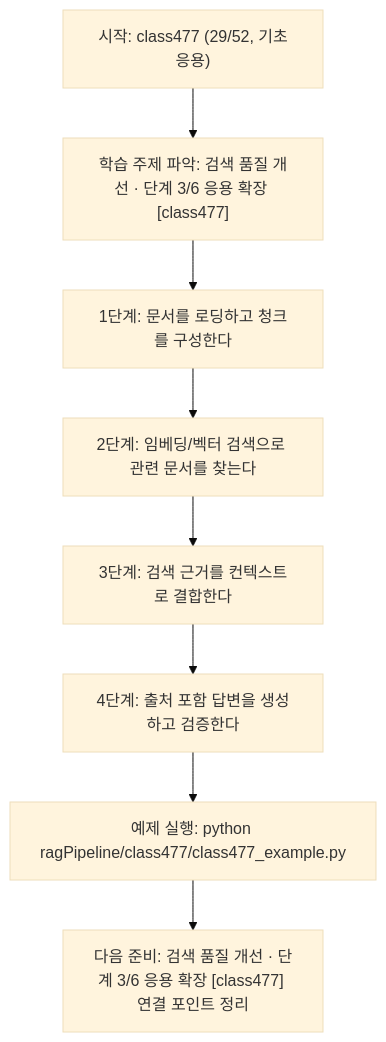
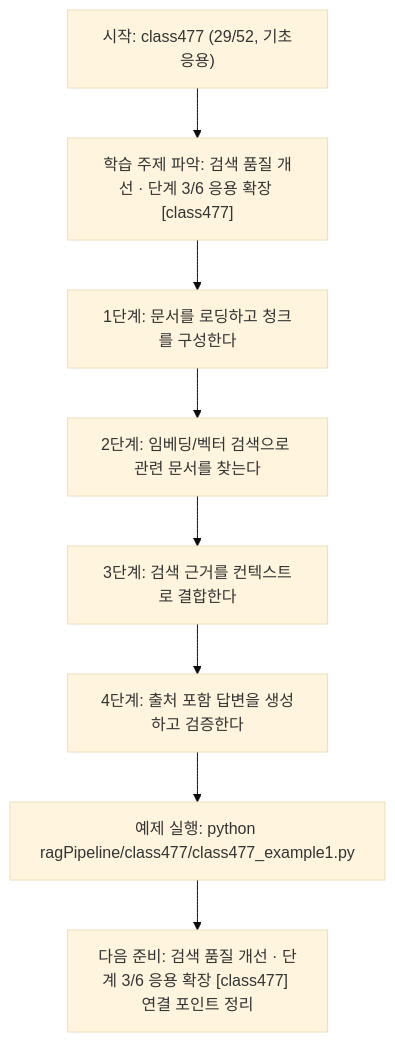
Before and after one commit to edumgt/Python-AI_Agent-Class: the diagram in ragPipeline/class477/class477.md, drawn with Mermaid (base theme). The commit also changed other lines of this file and 2959 other files, not shown here.

````diff
--- a/ragPipeline/class477/class477.md
+++ b/ragPipeline/class477/class477.md
@@ -111,18 +111,18 @@
 ```mermaid
 flowchart TD
 N1["시작: class477 (29/52, 기초응용)"]
 N2["학습 주제 파악: 검색 품질 개선 · 단계 3/6 응용 확장 [class477]"]
 N3["1단계: 문서를 로딩하고 청크를 구성한다"]
 N4["2단계: 임베딩/벡터 검색으로 관련 문서를 찾는다"]
 N5["3단계: 검색 근거를 컨텍스트로 결합한다"]
 N6["4단계: 출처 포함 답변을 생성하고 검증한다"]
-N7["예제 실행: python ragPipeline/class477/class477_example.py"]
+N7["예제 실행: python ragPipeline/class477/class477_example1.py"]
 N8["다음 준비: 검색 품질 개선 · 단계 3/6 응용 확장 [class477] 연결 포인트 정리"]
 N1 --> N2
 N2 --> N3
 N3 --> N4
 N4 --> N5
 N5 --> N6
 N6 --> N7
 N7 --> N8
 ```
````
